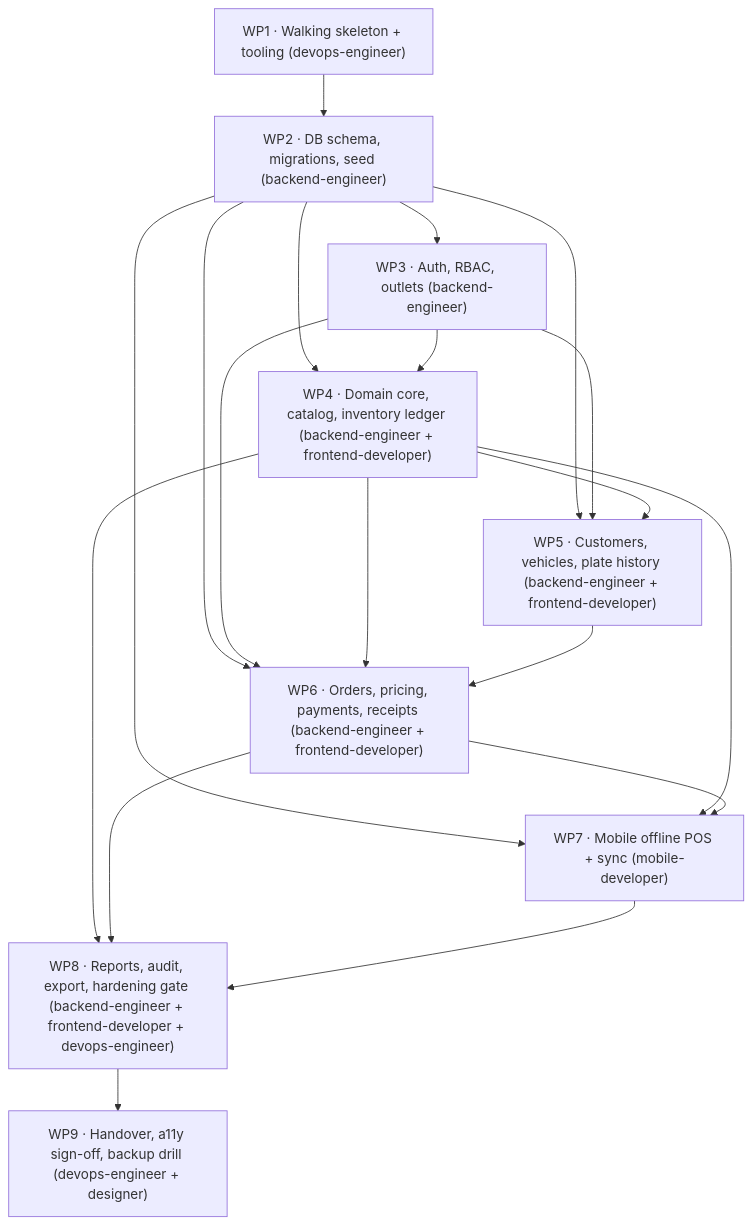
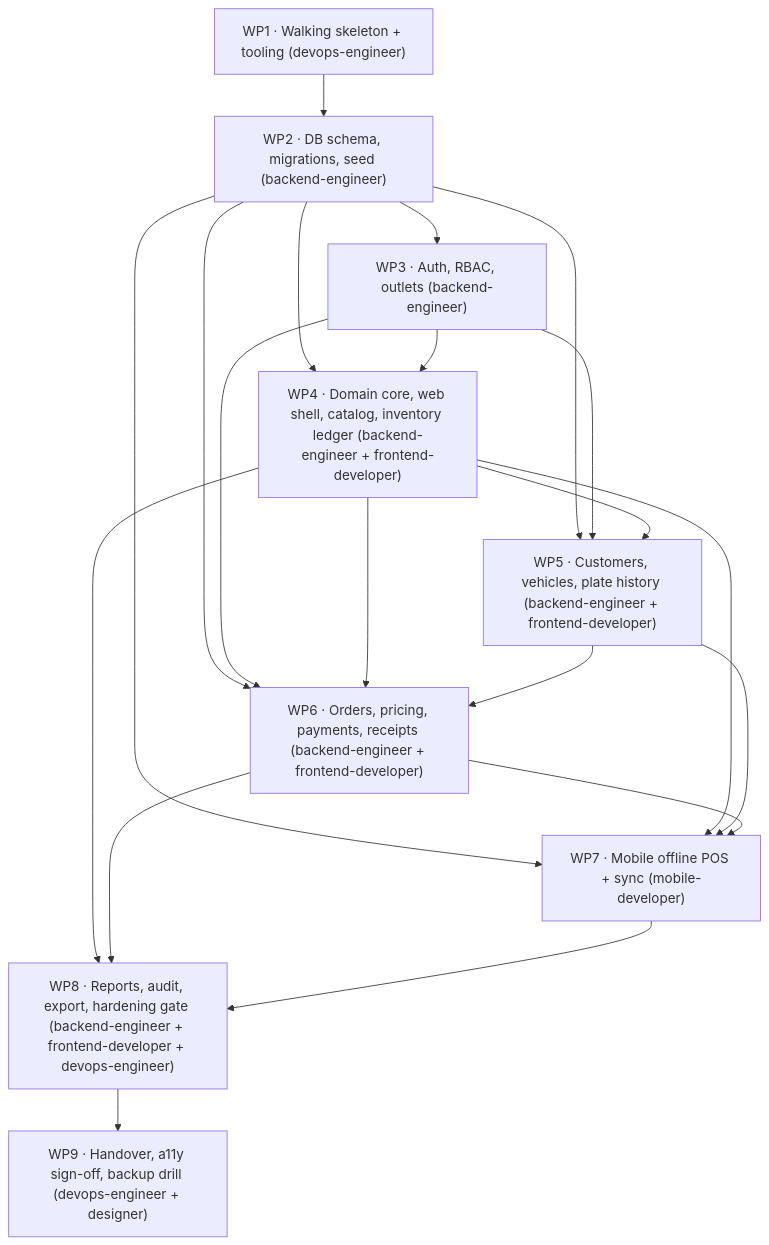
Before and after one commit to myusril/workshop-point-of-sales: the diagram in docs/plan/work-packages.md, drawn with Mermaid. The commit also changed other lines of this file and 7 other files, not shown here.

````diff
--- a/docs/plan/work-packages.md
+++ b/docs/plan/work-packages.md
@@ -372,31 +376,32 @@
 ```mermaid
 graph TD
     WP1["WP1 · Walking skeleton + tooling (devops-engineer)"]
     WP2["WP2 · DB schema, migrations, seed (backend-engineer)"]
     WP3["WP3 · Auth, RBAC, outlets (backend-engineer)"]
-    WP4["WP4 · Domain core, catalog, inventory ledger (backend-engineer + frontend-developer)"]
+    WP4["WP4 · Domain core, web shell, catalog, inventory ledger (backend-engineer + frontend-developer)"]
     WP5["WP5 · Customers, vehicles, plate history (backend-engineer + frontend-developer)"]
     WP6["WP6 · Orders, pricing, payments, receipts (backend-engineer + frontend-developer)"]
     WP7["WP7 · Mobile offline POS + sync (mobile-developer)"]
     WP8["WP8 · Reports, audit, export, hardening gate (backend-engineer + frontend-developer + devops-engineer)"]
     WP9["WP9 · Handover, a11y sign-off, backup drill (devops-engineer + designer)"]
 
     WP1 --> WP2
     WP2 --> WP3
     WP2 --> WP4
     WP3 --> WP4
     WP2 --> WP5
     WP3 --> WP5
     WP4 --> WP5
     WP2 --> WP6
     WP3 --> WP6
     WP4 --> WP6
     WP5 --> WP6
     WP2 --> WP7
     WP4 --> WP7
+    WP5 --> WP7
     WP6 --> WP7
     WP4 --> WP8
     WP6 --> WP8
     WP7 --> WP8
     WP8 --> WP9
 ```
````
